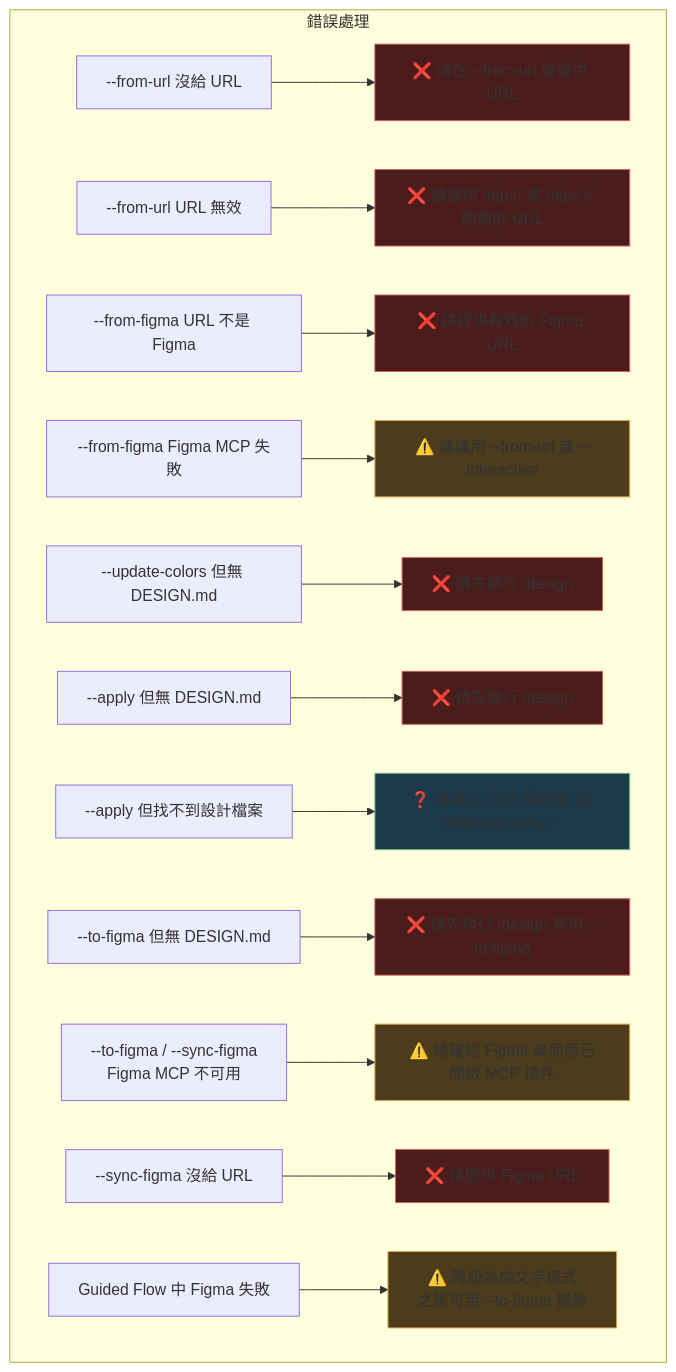
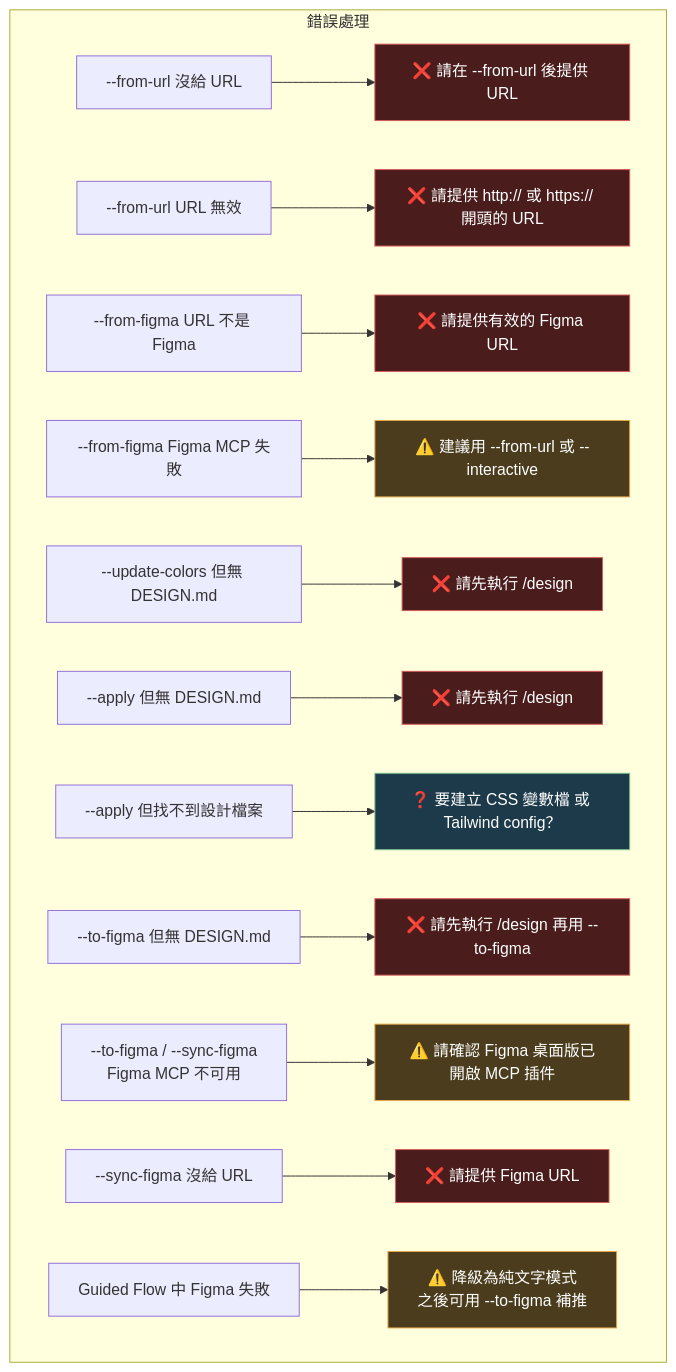
One commit to wenyen-hsu/design-md-skill changed the third of 3 diagrams in README.md. Above: the diagram before and after it, drawn with Mermaid.

Commit message:
Fix error handling flowchart text color to white for readability
Dark background nodes in the error handling Mermaid diagram now use
white text (color:#fff) so labels are legible on the dark fills.

````diff
--- a/README.md
+++ b/README.md
@@ -465,28 +465,28 @@
 ```mermaid
 flowchart TD
     subgraph ERRORS ["錯誤處理"]
         E1["--from-url 沒給 URL"] --> E1R["❌ 請在 --from-url 後提供 URL"]
         E2["--from-url URL 無效"] --> E2R["❌ 請提供 http:// 或 https:// 開頭的 URL"]
         E3["--from-figma URL 不是 Figma"] --> E3R["❌ 請提供有效的 Figma URL"]
         E4["--from-figma Figma MCP 失敗"] --> E4R["⚠️ 建議用 --from-url 或 --interactive"]
         E5["--update-colors 但無 DESIGN.md"] --> E5R["❌ 請先執行 /design"]
         E6["--apply 但無 DESIGN.md"] --> E6R["❌ 請先執行 /design"]
         E7["--apply 但找不到設計檔案"] --> E7R["❓ 要建立 CSS 變數檔 或 Tailwind config？"]
         E8["--to-figma 但無 DESIGN.md"] --> E8R["❌ 請先執行 /design 再用 --to-figma"]
         E9["--to-figma / --sync-figma<br/>Figma MCP 不可用"] --> E9R["⚠️ 請確認 Figma 桌面版已開啟 MCP 插件"]
         E10["--sync-figma 沒給 URL"] --> E10R["❌ 請提供 Figma URL"]
         E11["Guided Flow 中 Figma 失敗"] --> E11R["⚠️ 降級為純文字模式<br/>之後可用 --to-figma 補推"]
     end
 
-    style E1R fill:#4a1c1c,stroke:#D45B5B
-    style E2R fill:#4a1c1c,stroke:#D45B5B
-    style E3R fill:#4a1c1c,stroke:#D45B5B
-    style E5R fill:#4a1c1c,stroke:#D45B5B
-    style E6R fill:#4a1c1c,stroke:#D45B5B
-    style E8R fill:#4a1c1c,stroke:#D45B5B
-    style E10R fill:#4a1c1c,stroke:#D45B5B
-    style E4R fill:#4a3c1c,stroke:#E5A84B
-    style E9R fill:#4a3c1c,stroke:#E5A84B
-    style E11R fill:#4a3c1c,stroke:#E5A84B
-    style E7R fill:#1c3a4a,stroke:#7EBF8E
+    style E1R fill:#4a1c1c,stroke:#D45B5B,color:#fff
+    style E2R fill:#4a1c1c,stroke:#D45B5B,color:#fff
+    style E3R fill:#4a1c1c,stroke:#D45B5B,color:#fff
+    style E5R fill:#4a1c1c,stroke:#D45B5B,color:#fff
+    style E6R fill:#4a1c1c,stroke:#D45B5B,color:#fff
+    style E8R fill:#4a1c1c,stroke:#D45B5B,color:#fff
+    style E10R fill:#4a1c1c,stroke:#D45B5B,color:#fff
+    style E4R fill:#4a3c1c,stroke:#E5A84B,color:#fff
+    style E9R fill:#4a3c1c,stroke:#E5A84B,color:#fff
+    style E11R fill:#4a3c1c,stroke:#E5A84B,color:#fff
+    style E7R fill:#1c3a4a,stroke:#7EBF8E,color:#fff
 ```
````
